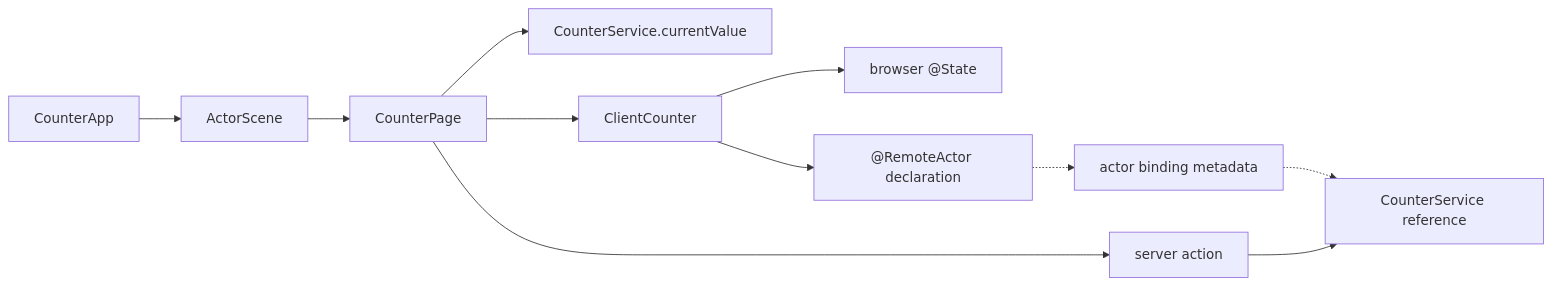
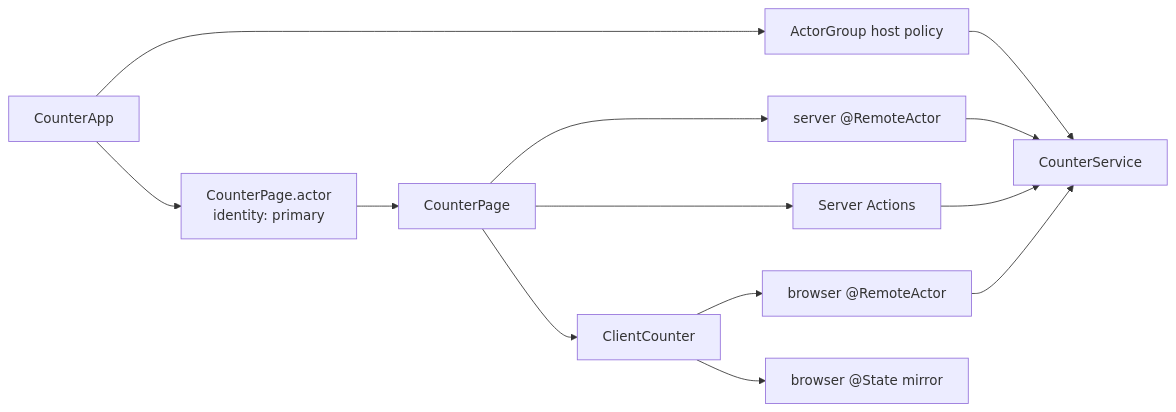
One commit to 1amageek/swift-web changed the diagram in Examples/CounterApp/README.md. Above: the diagram before and after it, drawn with Mermaid. The commit also changed other lines of this file and 46 other files, not shown here.

````diff
--- a/Examples/CounterApp/README.md
+++ b/Examples/CounterApp/README.md
@@ -9,13 +12,15 @@
 ```mermaid
 flowchart LR
-  App["CounterApp"] --> ActorScene["ActorScene"]
-  ActorScene --> Page["CounterPage"]
-  Page --> Load["CounterService.currentValue"]
+  App["CounterApp"] --> Host["ActorGroup host policy"]
+  Host --> Actor["CounterService"]
+  App --> Bind["CounterPage.actor<br/>identity: primary"]
+  Bind --> Page["CounterPage"]
+  Page --> Load["server @RemoteActor"]
+  Page --> Action["Server Actions"]
   Page --> Client["ClientCounter"]
-  Client --> State["browser @State"]
-  Client --> Remote["@RemoteActor declaration"]
-  Remote -.-> Binding["actor binding metadata"]
-  Binding -.-> Service["CounterService reference"]
-  Page --> Action["server action"]
-  Action --> Service
+  Client --> Remote["browser @RemoteActor"]
+  Remote --> Actor
+  Load --> Actor
+  Action --> Actor
+  Client --> State["browser @State mirror"]
 ```
````
